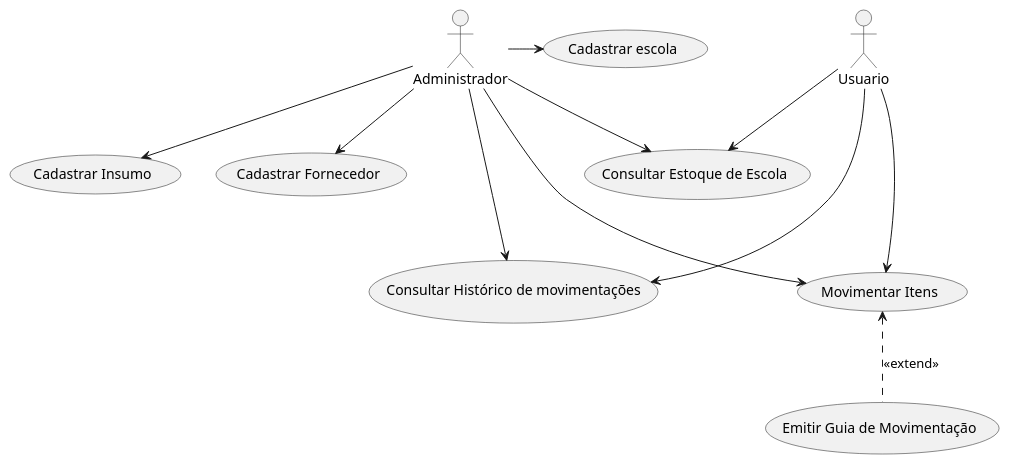
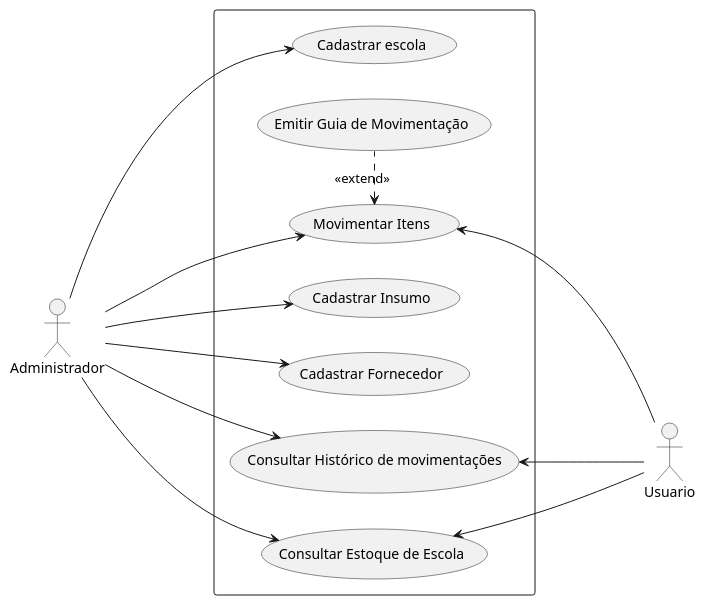
One commit to NOCKjr/TESI_I_PROJETO_ESTOQUE changed the diagram in diagrama-casos-de-uso.puml. Above: the diagram before and after it, drawn with PlantUML.

Commit message:
feat: adicionando retângulo delimitador do sisteemas

```diff
--- a/diagrama-casos-de-uso.puml
+++ b/diagrama-casos-de-uso.puml
@@ -1,26 +1,31 @@
 @startuml Diagrama de Casos de Uso
 'https://plantuml.com/use-case-diagram
 
-(Cadastrar escola) as (UC01)
-(Cadastrar Insumo) as (UC02)
-(Cadastrar Fornecedor) as (UC03)
-(Consultar Histórico de movimentações) as (UC04)
-(Movimentar Itens) as (UC05)
-(Emitir Guia de Movimentação) as (UC07)
-(Consultar Estoque de Escola) as (UC08)
+left to right direction
 
+rectangle {
+
+    (Cadastrar escola) as (UC01)
+    (Cadastrar Insumo) as (UC02)
+    (Cadastrar Fornecedor) as (UC03)
+    (Consultar Histórico de movimentações) as (UC04)
+    (Movimentar Itens) as (UC05)
+    (Emitir Guia de Movimentação) as (UC07)
+    (Consultar Estoque de Escola) as (UC08)
+}
 
 Administrador -> (UC01)
 Administrador --> (UC02)
 Administrador --> (UC03)
 Administrador ---> (UC04)
 Administrador ---> (UC05)
 Administrador --> (UC08)
 
-Usuario ---> (UC04)
-Usuario ---> (UC05)
-Usuario --> (UC08)
+(UC04) <--- Usuario
+(UC05) <--- Usuario 
+(UC08) <--- Usuario
 
-(UC05) <.. (UC07) : <<extend>>
+(UC05) <. (UC07) : <<extend>>
+
 ' (UC06) .. (UC07) : <<extend>>
 @enduml
```
